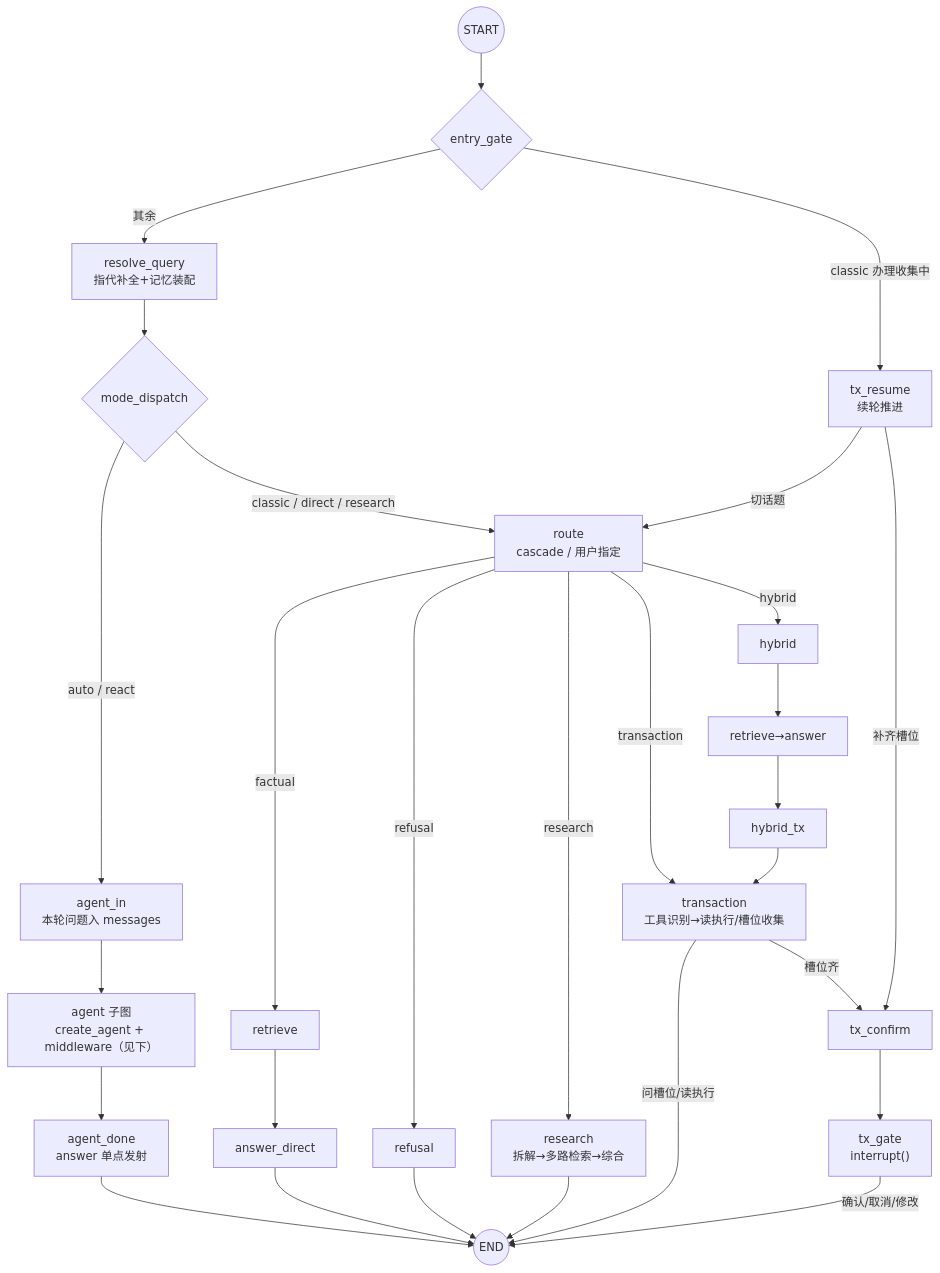
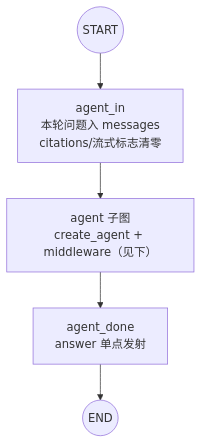
The first of 2 diagrams in docs/architecture/02-orchestration-graph.md (Thekshy/gewu), drawn with Mermaid before and after one commit. The commit also changed other lines of this file and 33 other files, not shown here.

````diff
--- a/docs/architecture/02-orchestration-graph.md
+++ b/docs/architecture/02-orchestration-graph.md
@@ -7,22 +7,4 @@
 ```mermaid
 flowchart TB
-    START((START)) --> EG{entry_gate}
-    EG -->|classic 办理收集中| TXR[tx_resume<br/>续轮推进]
-    EG -->|其余| RES[resolve_query<br/>指代补全+记忆装配]
-    RES --> MD{mode_dispatch}
-    MD -->|auto / react| AIN[agent_in<br/>本轮问题入 messages] --> AG["agent 子图<br/>create_agent + middleware（见下）"] --> AD[agent_done<br/>answer 单点发射] --> E((END))
-    MD -->|classic / direct / research| RT[route<br/>cascade / 用户指定]
-    RT -->|factual| RET[retrieve] --> ANS[answer_direct]
-    RT -->|refusal| REF[refusal]
-    RT -->|research| RES2[research<br/>拆解→多路检索→综合]
-    RT -->|transaction| TX[transaction<br/>工具识别→读执行/槽位收集]
-    RT -->|hybrid| HY[hybrid] --> RET2[retrieve→answer] --> HYT[hybrid_tx] --> TX
-    ANS --> E
-    REF --> E
-    RES2 --> E
-    TX -->|槽位齐| CONFIRM[tx_confirm] --> GATE["tx_gate<br/>interrupt()"]
-    TX -->|问槽位/读执行| E
-    TXR -->|补齐槽位| CONFIRM
-    TXR -->|切话题| RT
-    GATE -->|确认/取消/修改| E
+    START((START)) --> AIN[agent_in<br/>本轮问题入 messages<br/>citations/流式标志清零] --> AG["agent 子图<br/>create_agent + middleware（见下）"] --> AD[agent_done<br/>answer 单点发射] --> E((END))
 ```
````
